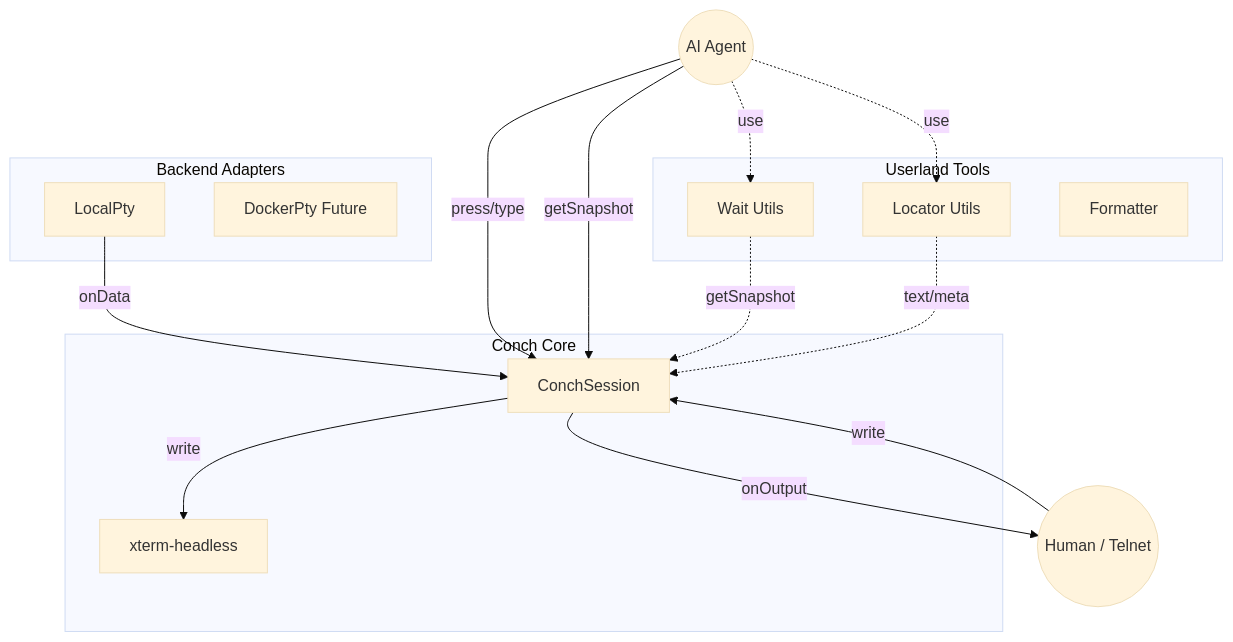
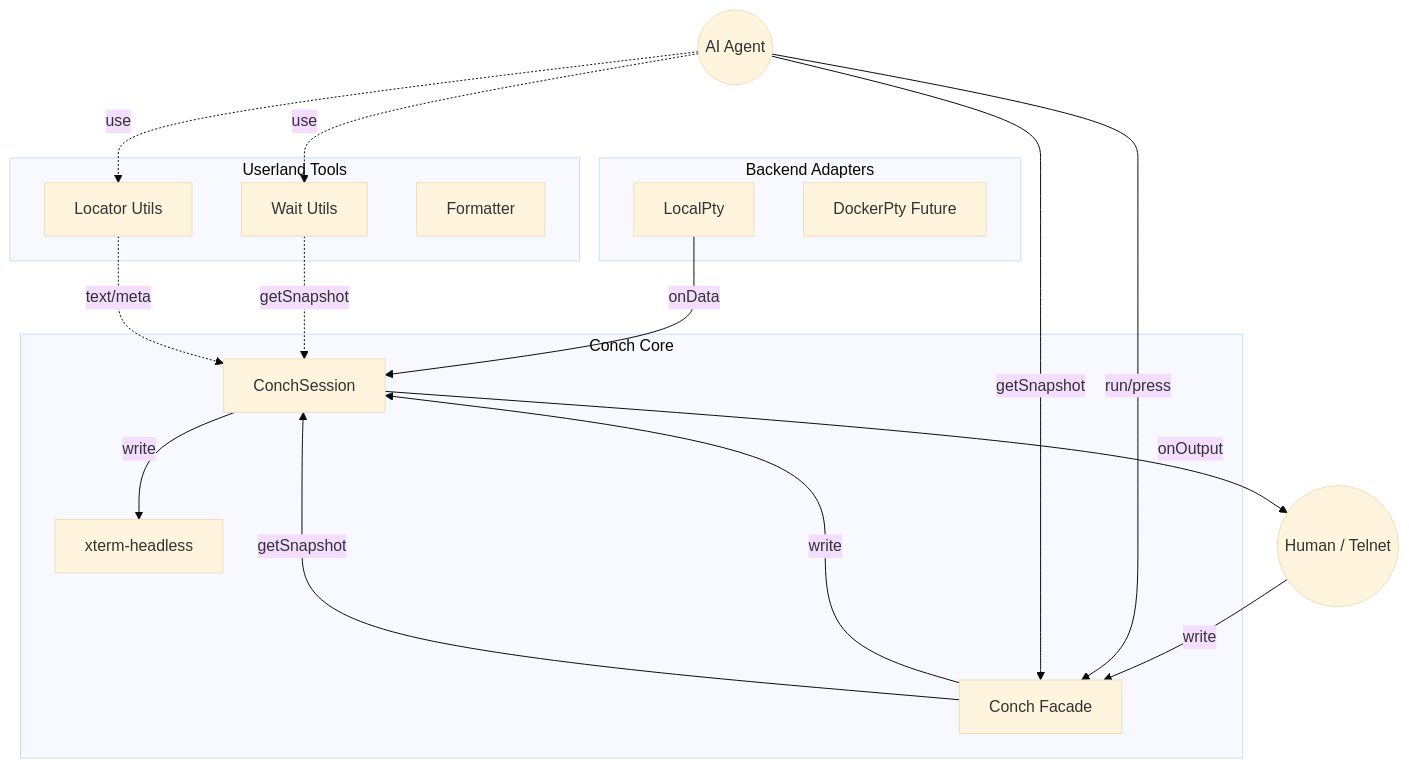
The diagram in src/README.ja.md (youseiushida/conch), drawn with Mermaid (base theme) before and after one commit. The commit also changed other lines of this file and 18 other files, not shown here.

````diff
--- a/src/README.ja.md
+++ b/src/README.ja.md
@@ -30,39 +34,42 @@
 ```mermaid
 graph TD
     subgraph Backend [Backend Adapters]
         LP[LocalPty]
         DP[DockerPty Future]
     end
 
     subgraph Core [Conch Core]
+        Facade[Conch Facade]
         Session[ConchSession]
         Xterm[xterm-headless]
     end
     
     subgraph Utils [Userland Tools]
         Wait[Wait Utils]
         Locator[Locator Utils]
         Formatter[Formatter]
     end
 
     Human((Human / Telnet))
     Agent((AI Agent))
 
     %% Data Flow
     LP -->|onData| Session
     Session -->|write| Xterm
     
     %% Output
     Session -->|onOutput| Human
     
     %% Input
-    Human -->|write| Session
-    Agent -->|press/type| Session
+    Human -->|write| Facade
+    Agent -->|run/press| Facade
+    Facade -->|write| Session
     
     %% Snapshot & Analysis
-    Agent -->|getSnapshot| Session
+    Agent -->|getSnapshot| Facade
+    Facade -->|getSnapshot| Session
     Agent -.->|use| Wait
     Agent -.->|use| Locator
     Wait -.->|getSnapshot| Session
     Locator -.->|text/meta| Session
 ```
````
